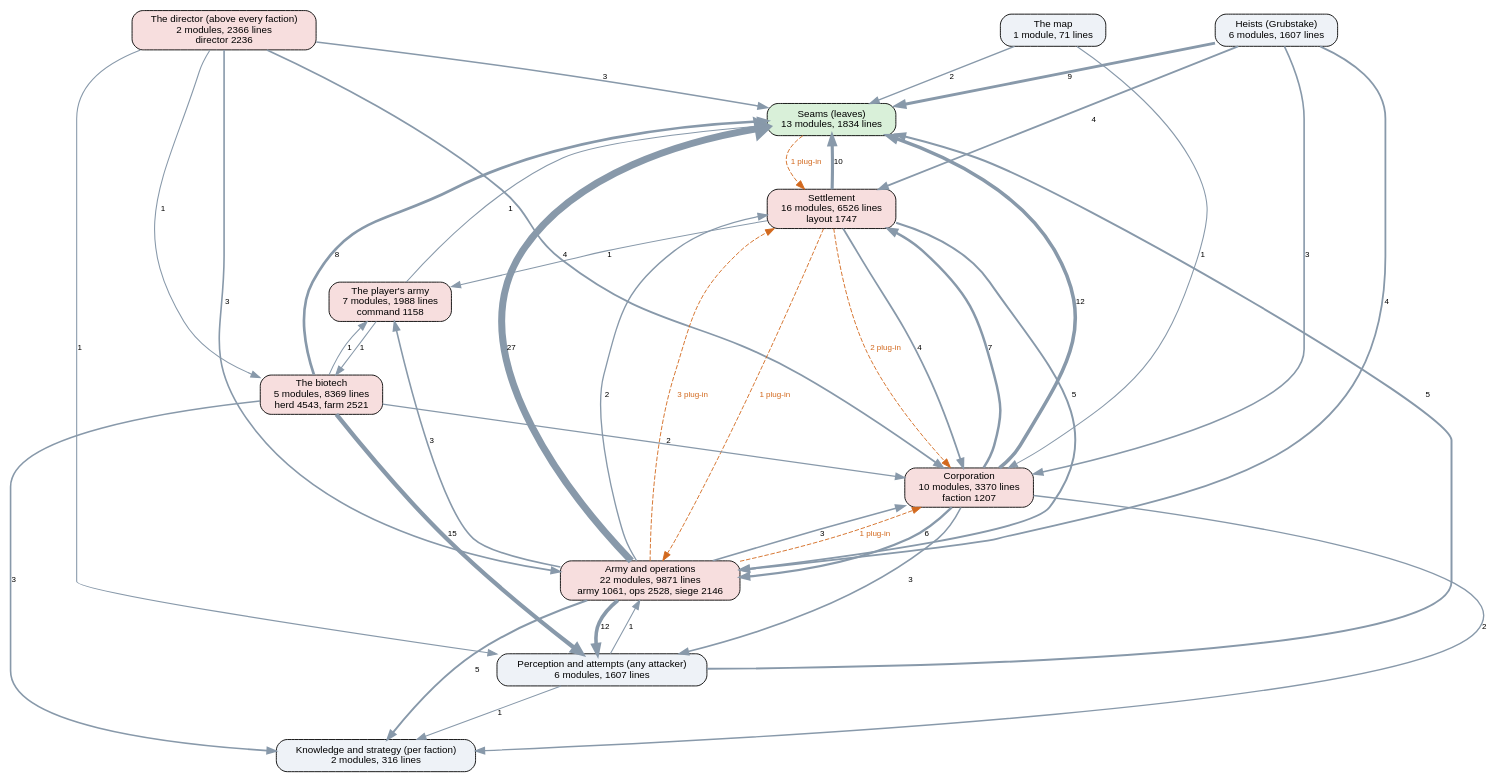
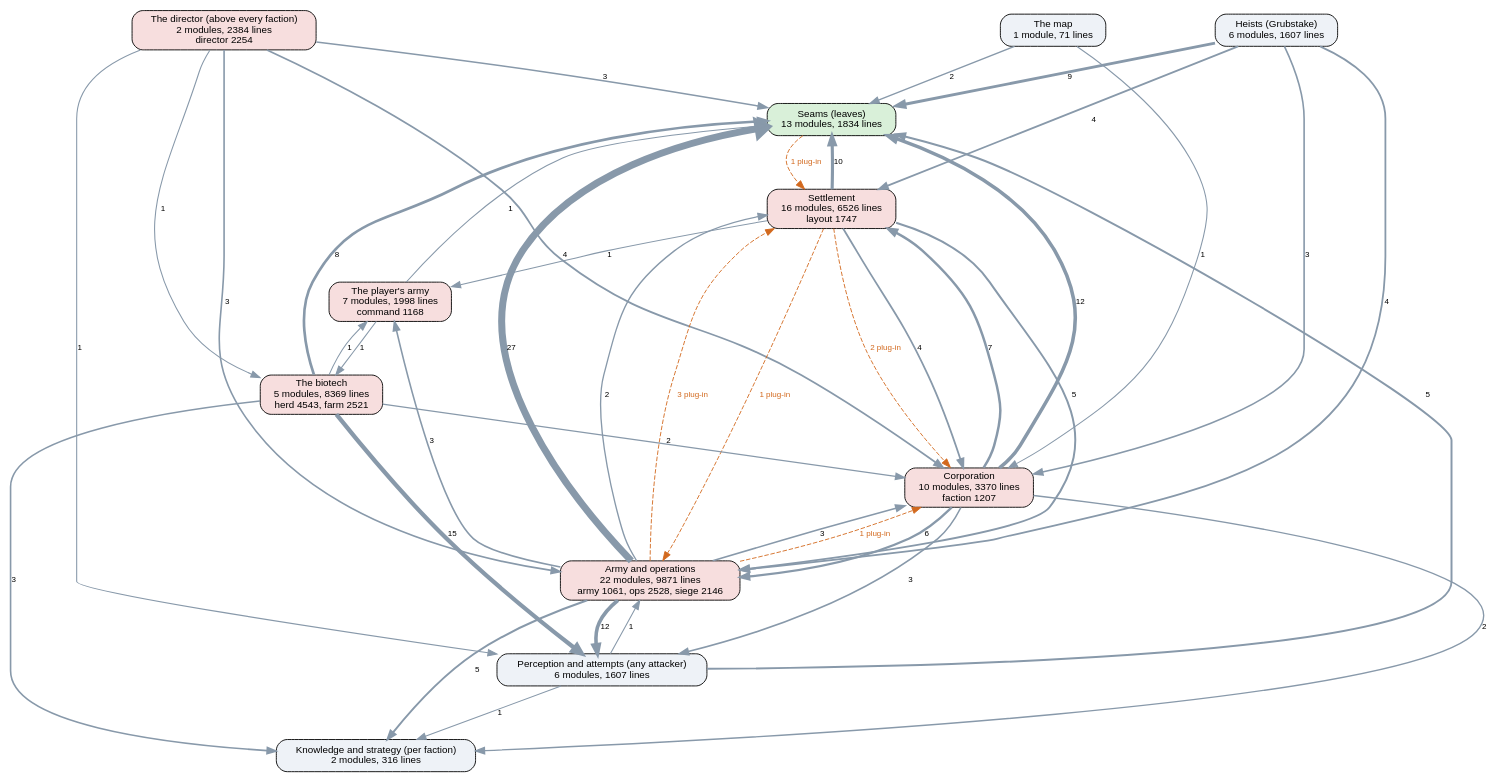
Before and after one commit to kinelhu/landing-party: the diagram in docs/ai-layers.dot, drawn with Graphviz. The commit also changed 21 other files, not shown here.

```diff
--- a/docs/ai-layers.dot
+++ b/docs/ai-layers.dot
@@ -1,57 +1,57 @@
 digraph layers {
   graph [rankdir=TB, fontname="Helvetica", nodesep=0.5, ranksep=0.7];
   node [shape=box, style="rounded,filled", fontname="Helvetica", fontsize=11, fillcolor="#eef2f7"];
   edge [color="#8899aa", fontname="Helvetica", fontsize=9];
   "Seams (leaves)" [label="Seams (leaves)\n13 modules, 1834 lines", fillcolor="#d9f0d9"];
   "Perception and attempts (any attacker)" [label="Perception and attempts (any attacker)\n6 modules, 1607 lines", fillcolor="#eef2f7"];
   "Knowledge and strategy (per faction)" [label="Knowledge and strategy (per faction)\n2 modules, 316 lines", fillcolor="#eef2f7"];
-  "The director (above every faction)" [label="The director (above every faction)\n2 modules, 2366 lines\ndirector 2236", fillcolor="#f7dede"];
+  "The director (above every faction)" [label="The director (above every faction)\n2 modules, 2384 lines\ndirector 2254", fillcolor="#f7dede"];
   "Corporation" [label="Corporation\n10 modules, 3370 lines\nfaction 1207", fillcolor="#f7dede"];
   "Settlement" [label="Settlement\n16 modules, 6526 lines\nlayout 1747", fillcolor="#f7dede"];
   "Army and operations" [label="Army and operations\n22 modules, 9871 lines\narmy 1061, ops 2528, siege 2146", fillcolor="#f7dede"];
   "Heists (Grubstake)" [label="Heists (Grubstake)\n6 modules, 1607 lines", fillcolor="#eef2f7"];
   "The biotech" [label="The biotech\n5 modules, 8369 lines\nherd 4543, farm 2521", fillcolor="#f7dede"];
   "The map" [label="The map\n1 module, 71 lines", fillcolor="#eef2f7"];
-  "The player's army" [label="The player's army\n7 modules, 1988 lines\ncommand 1158", fillcolor="#f7dede"];
+  "The player's army" [label="The player's army\n7 modules, 1998 lines\ncommand 1168", fillcolor="#f7dede"];
   "Army and operations" -> "Corporation" [label="3", penwidth=1.8];
   "Army and operations" -> "Knowledge and strategy (per faction)" [label="5", penwidth=2.2];
   "Army and operations" -> "Perception and attempts (any attacker)" [label="12", penwidth=4.0];
   "Army and operations" -> "Seams (leaves)" [label="27", penwidth=7.8];
   "Army and operations" -> "Settlement" [label="2", penwidth=1.5];
   "Army and operations" -> "The player's army" [label="3", penwidth=1.8];
   "Corporation" -> "Army and operations" [label="6", penwidth=2.5];
   "Corporation" -> "Knowledge and strategy (per faction)" [label="2", penwidth=1.5];
   "Corporation" -> "Perception and attempts (any attacker)" [label="3", penwidth=1.8];
   "Corporation" -> "Seams (leaves)" [label="12", penwidth=4.0];
   "Corporation" -> "Settlement" [label="7", penwidth=2.8];
   "Heists (Grubstake)" -> "Army and operations" [label="4", penwidth=2.0];
   "Heists (Grubstake)" -> "Corporation" [label="3", penwidth=1.8];
   "Heists (Grubstake)" -> "Seams (leaves)" [label="9", penwidth=3.2];
   "Heists (Grubstake)" -> "Settlement" [label="4", penwidth=2.0];
   "Perception and attempts (any attacker)" -> "Army and operations" [label="1", penwidth=1.2];
   "Perception and attempts (any attacker)" -> "Knowledge and strategy (per faction)" [label="1", penwidth=1.2];
   "Perception and attempts (any attacker)" -> "Seams (leaves)" [label="5", penwidth=2.2];
   "Settlement" -> "Army and operations" [label="5", penwidth=2.2];
   "Settlement" -> "Corporation" [label="4", penwidth=2.0];
   "Settlement" -> "Seams (leaves)" [label="10", penwidth=3.5];
   "Settlement" -> "The player's army" [label="1", penwidth=1.2];
   "The biotech" -> "Corporation" [label="2", penwidth=1.5];
   "The biotech" -> "Knowledge and strategy (per faction)" [label="3", penwidth=1.8];
   "The biotech" -> "Perception and attempts (any attacker)" [label="15", penwidth=4.8];
   "The biotech" -> "Seams (leaves)" [label="8", penwidth=3.0];
   "The biotech" -> "The player's army" [label="1", penwidth=1.2];
   "The director (above every faction)" -> "Army and operations" [label="3", penwidth=1.8];
   "The director (above every faction)" -> "Corporation" [label="4", penwidth=2.0];
   "The director (above every faction)" -> "Perception and attempts (any attacker)" [label="1", penwidth=1.2];
   "The director (above every faction)" -> "Seams (leaves)" [label="3", penwidth=1.8];
   "The director (above every faction)" -> "The biotech" [label="1", penwidth=1.2];
   "The map" -> "Corporation" [label="1", penwidth=1.2];
   "The map" -> "Seams (leaves)" [label="2", penwidth=1.5];
   "The player's army" -> "Seams (leaves)" [label="1", penwidth=1.2];
   "The player's army" -> "The biotech" [label="1", penwidth=1.2];
   "Army and operations" -> "Corporation" [style=dashed, color="#d2691e", fontcolor="#d2691e", label="1 plug-in"];
   "Army and operations" -> "Settlement" [style=dashed, color="#d2691e", fontcolor="#d2691e", label="3 plug-in"];
   "Seams (leaves)" -> "Settlement" [style=dashed, color="#d2691e", fontcolor="#d2691e", label="1 plug-in"];
   "Settlement" -> "Army and operations" [style=dashed, color="#d2691e", fontcolor="#d2691e", label="1 plug-in"];
   "Settlement" -> "Corporation" [style=dashed, color="#d2691e", fontcolor="#d2691e", label="2 plug-in"];
 }
```
